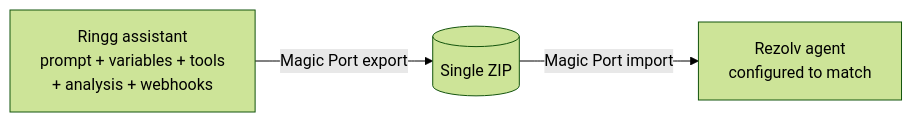
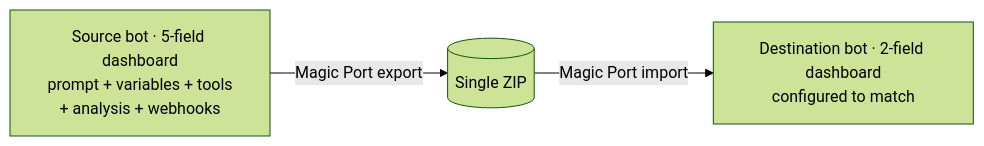
The second of 2 diagrams in README.md (rbsavla24/promptport), drawn with Mermaid (forest theme) before and after one commit. The commit also changed other lines of this file and 14 other files, not shown here.

````diff
--- a/README.md
+++ b/README.md
@@ -115,5 +115,5 @@
 ```mermaid
 flowchart LR
-    R[Ringg assistant<br/>prompt + variables + tools<br/>+ analysis + webhooks] -- Magic Port export --> Z[(Single ZIP)]
-    Z -- Magic Port import --> V[Rezolv agent<br/>configured to match]
+    R[Source bot · 5-field dashboard<br/>prompt + variables + tools<br/>+ analysis + webhooks] -- Magic Port export --> Z[(Single ZIP)]
+    Z -- Magic Port import --> V[Destination bot · 2-field dashboard<br/>configured to match]
 ```
````
